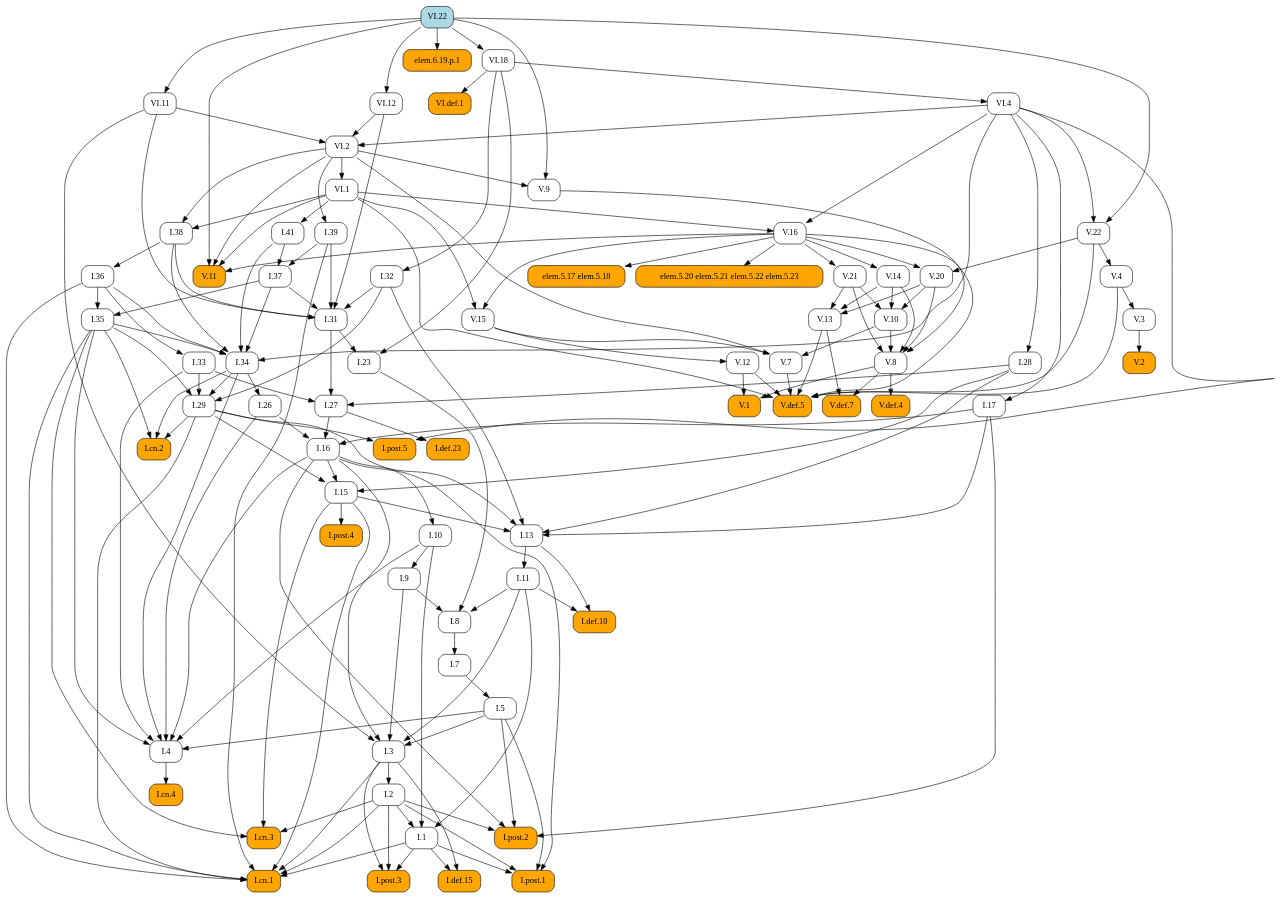
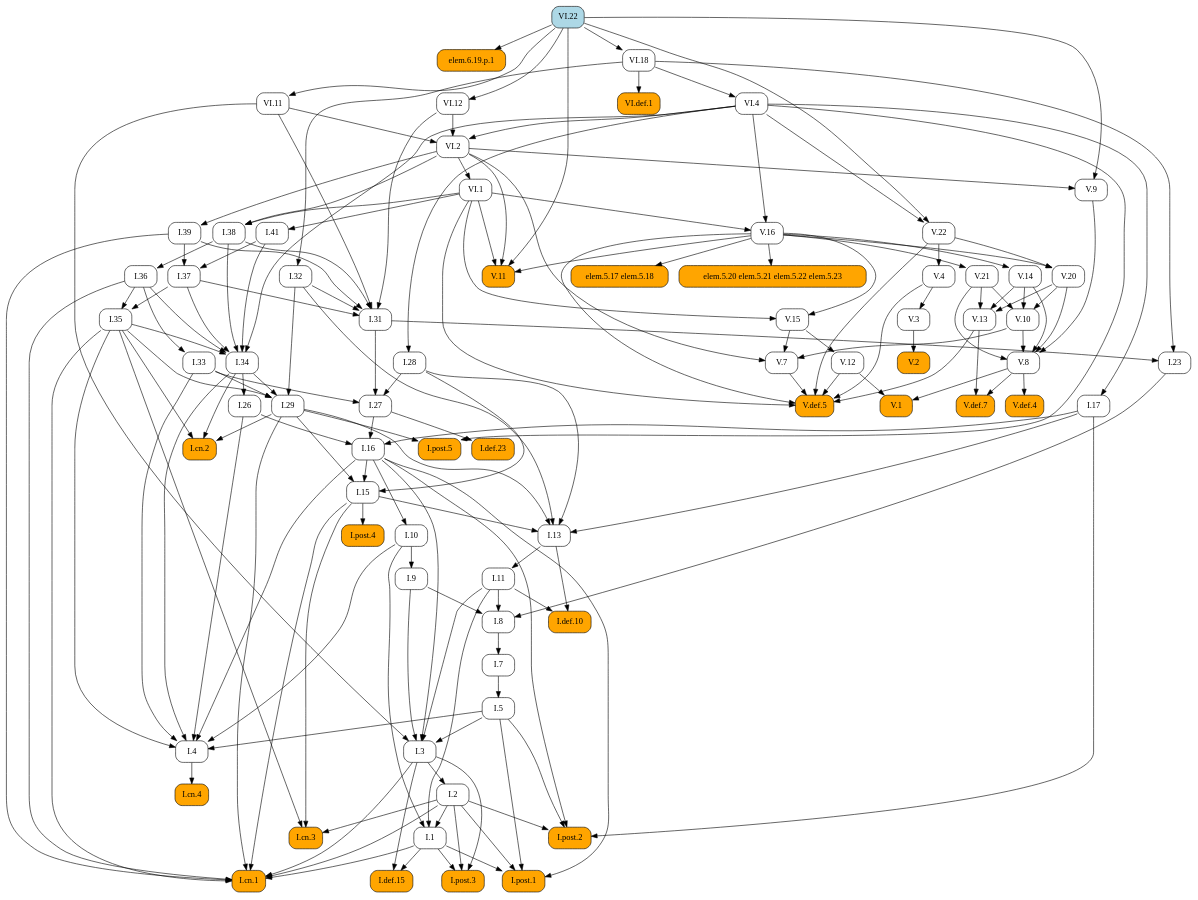
Before and after one commit to geometor/elements: the diagram in docsrc/elements2/VI/22/index.rst, drawn with Graphviz. The commit also changed other lines of this file and 171 other files, not shown here.

```diff
--- a/docsrc/elements2/VI/22/index.rst
+++ b/docsrc/elements2/VI/22/index.rst
@@ -93,163 +93,84 @@
    digraph {
      rankdir="TB";
      node [shape=box, style=rounded];
+     "V.20" [URL="/elements2/V/20/", target="_top"];
+     "I.8" [URL="/elements2/I/8/", target="_top"];
+     "I.36" [URL="/elements2/I/36/", target="_top"];
+     "V.def.5" [style="rounded,filled", fillcolor=orange, URL="/elements2/V/def.5/", target="_top"];
+     "I.38" [URL="/elements2/I/38/", target="_top"];
+     "I.post.5" [style="rounded,filled", fillcolor=orange, URL="/elements2/I/post.5/", target="_top"];
+     "I.def.10" [style="rounded,filled", fillcolor=orange, URL="/elements2/I/def.10/", target="_top"];
+     "I.cn.2" [style="rounded,filled", fillcolor=orange, URL="/elements2/I/cn.2/", target="_top"];
+     "elem.6.19.p.1" [style="rounded,filled", fillcolor=orange];
+     "VI.11" [URL="/elements2/VI/11/", target="_top"];
+     "I.31" [URL="/elements2/I/31/", target="_top"];
+     "I.post.2" [style="rounded,filled", fillcolor=orange, URL="/elements2/I/post.2/", target="_top"];
+     "I.def.23" [style="rounded,filled", fillcolor=orange, URL="/elements2/I/def.23/", target="_top"];
+     "I.26" [URL="/elements2/I/26/", target="_top"];
+     "VI.22" [style="rounded,filled", fillcolor=lightblue, URL="/elements2/VI/22/", target="_top"];
+     "V.3" [URL="/elements2/V/3/", target="_top"];
+     "I.cn.3" [style="rounded,filled", fillcolor=orange, URL="/elements2/I/cn.3/", target="_top"];
+     "V.2" [style="rounded,filled", fillcolor=orange, URL="/elements2/V/2/", target="_top"];
+     "V.12" [URL="/elements2/V/12/", target="_top"];
+     "V.22" [URL="/elements2/V/22/", target="_top"];
+     "VI.18" [URL="/elements2/VI/18/", target="_top"];
+     "I.41" [URL="/elements2/I/41/", target="_top"];
+     "I.35" [URL="/elements2/I/35/", target="_top"];
+     "I.28" [URL="/elements2/I/28/", target="_top"];
+     "I.27" [URL="/elements2/I/27/", target="_top"];
+     "I.4" [URL="/elements2/I/4/", target="_top"];
+     "V.8" [URL="/elements2/V/8/", target="_top"];
+     "VI.2" [URL="/elements2/VI/2/", target="_top"];
+     "I.39" [URL="/elements2/I/39/", target="_top"];
+     "I.15" [URL="/elements2/I/15/", target="_top"];
+     "I.34" [URL="/elements2/I/34/", target="_top"];
+     "I.post.3" [style="rounded,filled", fillcolor=orange, URL="/elements2/I/post.3/", target="_top"];
+     "I.32" [URL="/elements2/I/32/", target="_top"];
+     "VI.12" [URL="/elements2/VI/12/", target="_top"];
+     "V.def.4" [style="rounded,filled", fillcolor=orange, URL="/elements2/V/def.4/", target="_top"];
+     "I.post.1" [style="rounded,filled", fillcolor=orange, URL="/elements2/I/post.1/", target="_top"];
+     "I.33" [URL="/elements2/I/33/", target="_top"];
+     "I.5" [URL="/elements2/I/5/", target="_top"];
      "elem.5.17 elem.5.18" [style="rounded,filled", fillcolor=orange];
+     "V.13" [URL="/elements2/V/13/", target="_top"];
+     "V.11" [style="rounded,filled", fillcolor=orange, URL="/elements2/V/11/", target="_top"];
+     "VI.1" [URL="/elements2/VI/1/", target="_top"];
+     "V.9" [URL="/elements2/V/9/", target="_top"];
+     "I.def.15" [style="rounded,filled", fillcolor=orange, URL="/elements2/I/def.15/", target="_top"];
+     "V.16" [URL="/elements2/V/16/", target="_top"];
+     "V.15" [URL="/elements2/V/15/", target="_top"];
+     "I.11" [URL="/elements2/I/11/", target="_top"];
+     "I.3" [URL="/elements2/I/3/", target="_top"];
+     "V.14" [URL="/elements2/V/14/", target="_top"];
+     "VI.4" [URL="/elements2/VI/4/", target="_top"];
+     "V.10" [URL="/elements2/V/10/", target="_top"];
+     "I.1" [URL="/elements2/I/1/", target="_top"];
+     "I.cn.4" [style="rounded,filled", fillcolor=orange, URL="/elements2/I/cn.4/", target="_top"];
+     "I.23" [URL="/elements2/I/23/", target="_top"];
+     "I.7" [URL="/elements2/I/7/", target="_top"];
+     "I.17" [URL="/elements2/I/17/", target="_top"];
+     "I.9" [URL="/elements2/I/9/", target="_top"];
+     "V.1" [style="rounded,filled", fillcolor=orange, URL="/elements2/V/1/", target="_top"];
+     "I.cn.1" [style="rounded,filled", fillcolor=orange, URL="/elements2/I/cn.1/", target="_top"];
+     "elem.5.20 elem.5.21 elem.5.22 elem.5.23" [style="rounded,filled", fillcolor=orange];
      "V.7" [URL="/elements2/V/7/", target="_top"];
-     "I.32" [URL="/elements2/I/32/", target="_top"];
-     "VI.4" [URL="/elements2/VI/4/", target="_top"];
-     "I.cn.4" [style="rounded,filled", fillcolor=orange, URL="/elements2/I/cn.4/", target="_top"];
-     "I.post.3" [style="rounded,filled", fillcolor=orange, URL="/elements2/I/post.3/", target="_top"];
-     "V.22" [URL="/elements2/V/22/", target="_top"];
+     "I.29" [URL="/elements2/I/29/", target="_top"];
+     "I.16" [URL="/elements2/I/16/", target="_top"];
+     "I.13" [URL="/elements2/I/13/", target="_top"];
+     "V.21" [URL="/elements2/V/21/", target="_top"];
+     "I.post.4" [style="rounded,filled", fillcolor=orange, URL="/elements2/I/post.4/", target="_top"];
+     "VI.def.1" [style="rounded,filled", fillcolor=orange, URL="/elements2/VI/def.1/", target="_top"];
+     "I.2" [URL="/elements2/I/2/", target="_top"];
+     "I.37" [URL="/elements2/I/37/", target="_top"];
+     "I.10" [URL="/elements2/I/10/", target="_top"];
      "V.def.7" [style="rounded,filled", fillcolor=orange, URL="/elements2/V/def.7/", target="_top"];
-     "VI.11" [URL="/elements2/VI/11/", target="_top"];
-     "I.41" [URL="/elements2/I/41/", target="_top"];
-     "I.27" [URL="/elements2/I/27/", target="_top"];
-     "I.post.2" [style="rounded,filled", fillcolor=orange, URL="/elements2/I/post.2/", target="_top"];
-     "I.13" [URL="/elements2/I/13/", target="_top"];
-     "I.10" [URL="/elements2/I/10/", target="_top"];
-     "I.post.1" [style="rounded,filled", fillcolor=orange, URL="/elements2/I/post.1/", target="_top"];
-     "I.7" [URL="/elements2/I/7/", target="_top"];
-     "VI.def.1" [style="rounded,filled", fillcolor=orange, URL="/elements2/VI/def.1/", target="_top"];
-     "V.13" [URL="/elements2/V/13/", target="_top"];
-     "V.1" [style="rounded,filled", fillcolor=orange, URL="/elements2/V/1/", target="_top"];
-     "V.16" [URL="/elements2/V/16/", target="_top"];
-     "V.8" [URL="/elements2/V/8/", target="_top"];
-     "VI.22" [style="rounded,filled", fillcolor=lightblue, URL="/elements2/VI/22/", target="_top"];
-     "elem.5.20 elem.5.21 elem.5.22 elem.5.23" [style="rounded,filled", fillcolor=orange];
-     "I.9" [URL="/elements2/I/9/", target="_top"];
-     "I.38" [URL="/elements2/I/38/", target="_top"];
-     "I.8" [URL="/elements2/I/8/", target="_top"];
-     "I.23" [URL="/elements2/I/23/", target="_top"];
-     "I.15" [URL="/elements2/I/15/", target="_top"];
-     "I.26" [URL="/elements2/I/26/", target="_top"];
      "V.4" [URL="/elements2/V/4/", target="_top"];
-     "VI.1" [URL="/elements2/VI/1/", target="_top"];
-     "I.1" [URL="/elements2/I/1/", target="_top"];
-     "I.3" [URL="/elements2/I/3/", target="_top"];
-     "I.cn.3" [style="rounded,filled", fillcolor=orange, URL="/elements2/I/cn.3/", target="_top"];
-     "I.17" [URL="/elements2/I/17/", target="_top"];
-     "I.37" [URL="/elements2/I/37/", target="_top"];
-     "I.def.10" [style="rounded,filled", fillcolor=orange, URL="/elements2/I/def.10/", target="_top"];
-     "VI.12" [URL="/elements2/VI/12/", target="_top"];
-     "I.34" [URL="/elements2/I/34/", target="_top"];
-     "V.def.5" [style="rounded,filled", fillcolor=orange, URL="/elements2/V/def.5/", target="_top"];
-     "I.def.15" [style="rounded,filled", fillcolor=orange, URL="/elements2/I/def.15/", target="_top"];
-     "I.28" [URL="/elements2/I/28/", target="_top"];
-     "I.36" [URL="/elements2/I/36/", target="_top"];
-     "V.10" [URL="/elements2/V/10/", target="_top"];
-     "V.15" [URL="/elements2/V/15/", target="_top"];
-     "elem.6.19.p.1" [style="rounded,filled", fillcolor=orange];
-     "V.14" [URL="/elements2/V/14/", target="_top"];
-     "I.11" [URL="/elements2/I/11/", target="_top"];
-     "I.4" [URL="/elements2/I/4/", target="_top"];
-     "I.16" [URL="/elements2/I/16/", target="_top"];
-     "I.def.23" [style="rounded,filled", fillcolor=orange, URL="/elements2/I/def.23/", target="_top"];
-     "V.21" [URL="/elements2/V/21/", target="_top"];
-     "I.2" [URL="/elements2/I/2/", target="_top"];
-     "I.cn.2" [style="rounded,filled", fillcolor=orange, URL="/elements2/I/cn.2/", target="_top"];
-     "I.post.5" [style="rounded,filled", fillcolor=orange, URL="/elements2/I/post.5/", target="_top"];
-     "VI.2" [URL="/elements2/VI/2/", target="_top"];
-     "V.3" [URL="/elements2/V/3/", target="_top"];
-     "V.def.4" [style="rounded,filled", fillcolor=orange, URL="/elements2/V/def.4/", target="_top"];
-     "I.35" [URL="/elements2/I/35/", target="_top"];
-     "V.11" [style="rounded,filled", fillcolor=orange, URL="/elements2/V/11/", target="_top"];
-     "VI.18" [URL="/elements2/VI/18/", target="_top"];
-     "V.2" [style="rounded,filled", fillcolor=orange, URL="/elements2/V/2/", target="_top"];
-     "I.31" [URL="/elements2/I/31/", target="_top"];
-     "I.33" [URL="/elements2/I/33/", target="_top"];
-     "I.post.4" [style="rounded,filled", fillcolor=orange, URL="/elements2/I/post.4/", target="_top"];
-     "I.39" [URL="/elements2/I/39/", target="_top"];
-     "I.cn.1" [style="rounded,filled", fillcolor=orange, URL="/elements2/I/cn.1/", target="_top"];
-     "V.9" [URL="/elements2/V/9/", target="_top"];
-     "I.29" [URL="/elements2/I/29/", target="_top"];
-     "I.5" [URL="/elements2/I/5/", target="_top"];
-     "V.12" [URL="/elements2/V/12/", target="_top"];
-     "V.20" [URL="/elements2/V/20/", target="_top"];
-     "V.16" -> "elem.5.17 elem.5.18";
-     "V.10" -> "V.7";
-     "V.15" -> "V.7";
-     "VI.2" -> "V.7";
-     "VI.18" -> "I.32";
-     "VI.18" -> "VI.4";
-     "I.4" -> "I.cn.4";
-     "I.1" -> "I.post.3";
-     "I.2" -> "I.post.3";
-     "I.3" -> "I.post.3";
-     "VI.4" -> "V.22";
-     "VI.22" -> "V.22";
-     "V.8" -> "V.def.7";
-     "V.13" -> "V.def.7";
-     "VI.22" -> "VI.11";
-     "VI.1" -> "I.41";
-     "I.28" -> "I.27";
-     "I.31" -> "I.27";
-     "I.33" -> "I.27";
-     "I.2" -> "I.post.2";
-     "I.5" -> "I.post.2";
-     "I.16" -> "I.post.2";
-     "I.17" -> "I.post.2";
-     "I.15" -> "I.13";
-     "I.17" -> "I.13";
-     "I.28" -> "I.13";
-     "I.29" -> "I.13";
-     "I.32" -> "I.13";
-     "I.16" -> "I.10";
-     "I.1" -> "I.post.1";
-     "I.2" -> "I.post.1";
-     "I.5" -> "I.post.1";
-     "I.16" -> "I.post.1";
-     "I.8" -> "I.7";
-     "VI.18" -> "VI.def.1";
-     "V.14" -> "V.13";
-     "V.20" -> "V.13";
-     "V.21" -> "V.13";
-     "V.8" -> "V.1";
-     "V.12" -> "V.1";
-     "VI.1" -> "V.16";
-     "VI.4" -> "V.16";
-     "V.9" -> "V.8";
-     "V.10" -> "V.8";
-     "V.14" -> "V.8";
-     "V.20" -> "V.8";
-     "V.21" -> "V.8";
-     "V.16" -> "elem.5.20 elem.5.21 elem.5.22 elem.5.23";
-     "I.10" -> "I.9";
-     "VI.1" -> "I.38";
-     "VI.2" -> "I.38";
+     "V.16" -> "V.20";
+     "V.22" -> "V.20";
      "I.9" -> "I.8";
      "I.11" -> "I.8";
      "I.23" -> "I.8";
-     "I.31" -> "I.23";
-     "VI.18" -> "I.23";
-     "I.16" -> "I.15";
-     "I.28" -> "I.15";
-     "I.29" -> "I.15";
-     "I.34" -> "I.26";
-     "V.22" -> "V.4";
-     "VI.2" -> "VI.1";
-     "I.2" -> "I.1";
-     "I.10" -> "I.1";
-     "I.11" -> "I.1";
-     "I.5" -> "I.3";
-     "I.9" -> "I.3";
-     "I.11" -> "I.3";
-     "I.16" -> "I.3";
-     "VI.11" -> "I.3";
-     "I.2" -> "I.cn.3";
-     "I.15" -> "I.cn.3";
-     "I.35" -> "I.cn.3";
-     "VI.4" -> "I.17";
-     "I.39" -> "I.37";
-     "I.41" -> "I.37";
-     "I.11" -> "I.def.10";
-     "I.13" -> "I.def.10";
-     "VI.22" -> "VI.12";
-     "I.35" -> "I.34";
-     "I.36" -> "I.34";
-     "I.37" -> "I.34";
-     "I.38" -> "I.34";
-     "I.41" -> "I.34";
-     "VI.4" -> "I.34";
+     "I.38" -> "I.36";
      "V.4" -> "V.def.5";
      "V.7" -> "V.def.5";
      "V.12" -> "V.def.5";
@@ -257,18 +178,45 @@
      "V.16" -> "V.def.5";
      "V.22" -> "V.def.5";
      "VI.1" -> "V.def.5";
-     "I.1" -> "I.def.15";
-     "I.3" -> "I.def.15";
+     "VI.1" -> "I.38";
+     "VI.2" -> "I.38";
+     "I.29" -> "I.post.5";
+     "VI.4" -> "I.post.5";
+     "I.11" -> "I.def.10";
+     "I.13" -> "I.def.10";
+     "I.29" -> "I.cn.2";
+     "I.34" -> "I.cn.2";
+     "I.35" -> "I.cn.2";
+     "VI.22" -> "elem.6.19.p.1";
+     "VI.22" -> "VI.11";
+     "I.32" -> "I.31";
+     "I.37" -> "I.31";
+     "I.38" -> "I.31";
+     "I.39" -> "I.31";
+     "VI.11" -> "I.31";
+     "VI.12" -> "I.31";
+     "I.2" -> "I.post.2";
+     "I.5" -> "I.post.2";
+     "I.16" -> "I.post.2";
+     "I.17" -> "I.post.2";
+     "I.27" -> "I.def.23";
+     "I.34" -> "I.26";
+     "V.4" -> "V.3";
+     "I.2" -> "I.cn.3";
+     "I.15" -> "I.cn.3";
+     "I.35" -> "I.cn.3";
+     "V.3" -> "V.2";
+     "V.15" -> "V.12";
+     "VI.4" -> "V.22";
+     "VI.22" -> "V.22";
+     "VI.22" -> "VI.18";
+     "VI.1" -> "I.41";
+     "I.36" -> "I.35";
+     "I.37" -> "I.35";
      "VI.4" -> "I.28";
-     "I.38" -> "I.36";
-     "V.14" -> "V.10";
-     "V.20" -> "V.10";
-     "V.21" -> "V.10";
-     "V.16" -> "V.15";
-     "VI.1" -> "V.15";
-     "VI.22" -> "elem.6.19.p.1";
-     "V.16" -> "V.14";
-     "I.13" -> "I.11";
+     "I.28" -> "I.27";
+     "I.31" -> "I.27";
+     "I.33" -> "I.27";
      "I.5" -> "I.4";
      "I.10" -> "I.4";
      "I.16" -> "I.4";
@@ -276,39 +224,75 @@
      "I.33" -> "I.4";
      "I.34" -> "I.4";
      "I.35" -> "I.4";
-     "I.17" -> "I.16";
-     "I.26" -> "I.16";
-     "I.27" -> "I.16";
-     "I.27" -> "I.def.23";
-     "V.16" -> "V.21";
-     "I.3" -> "I.2";
-     "I.29" -> "I.cn.2";
-     "I.34" -> "I.cn.2";
-     "I.35" -> "I.cn.2";
-     "I.29" -> "I.post.5";
-     "VI.4" -> "I.post.5";
+     "V.9" -> "V.8";
+     "V.10" -> "V.8";
+     "V.14" -> "V.8";
+     "V.20" -> "V.8";
+     "V.21" -> "V.8";
      "VI.4" -> "VI.2";
      "VI.11" -> "VI.2";
      "VI.12" -> "VI.2";
-     "V.4" -> "V.3";
+     "VI.2" -> "I.39";
+     "I.16" -> "I.15";
+     "I.28" -> "I.15";
+     "I.29" -> "I.15";
+     "I.35" -> "I.34";
+     "I.36" -> "I.34";
+     "I.37" -> "I.34";
+     "I.38" -> "I.34";
+     "I.41" -> "I.34";
+     "VI.4" -> "I.34";
+     "I.1" -> "I.post.3";
+     "I.2" -> "I.post.3";
+     "I.3" -> "I.post.3";
+     "VI.18" -> "I.32";
+     "VI.22" -> "VI.12";
      "V.8" -> "V.def.4";
-     "I.36" -> "I.35";
-     "I.37" -> "I.35";
+     "I.1" -> "I.post.1";
+     "I.2" -> "I.post.1";
+     "I.5" -> "I.post.1";
+     "I.16" -> "I.post.1";
+     "I.36" -> "I.33";
+     "I.7" -> "I.5";
+     "V.16" -> "elem.5.17 elem.5.18";
+     "V.14" -> "V.13";
+     "V.20" -> "V.13";
+     "V.21" -> "V.13";
      "V.16" -> "V.11";
      "VI.1" -> "V.11";
      "VI.2" -> "V.11";
      "VI.22" -> "V.11";
-     "VI.22" -> "VI.18";
-     "V.3" -> "V.2";
-     "I.32" -> "I.31";
-     "I.37" -> "I.31";
-     "I.38" -> "I.31";
-     "I.39" -> "I.31";
-     "VI.11" -> "I.31";
-     "VI.12" -> "I.31";
-     "I.36" -> "I.33";
-     "I.15" -> "I.post.4";
-     "VI.2" -> "I.39";
+     "VI.2" -> "VI.1";
+     "VI.2" -> "V.9";
+     "VI.22" -> "V.9";
+     "I.1" -> "I.def.15";
+     "I.3" -> "I.def.15";
+     "VI.1" -> "V.16";
+     "VI.4" -> "V.16";
+     "V.16" -> "V.15";
+     "VI.1" -> "V.15";
+     "I.13" -> "I.11";
+     "I.5" -> "I.3";
+     "I.9" -> "I.3";
+     "I.11" -> "I.3";
+     "I.16" -> "I.3";
+     "VI.11" -> "I.3";
+     "V.16" -> "V.14";
+     "VI.18" -> "VI.4";
+     "V.14" -> "V.10";
+     "V.20" -> "V.10";
+     "V.21" -> "V.10";
+     "I.2" -> "I.1";
+     "I.10" -> "I.1";
+     "I.11" -> "I.1";
+     "I.4" -> "I.cn.4";
+     "I.31" -> "I.23";
+     "VI.18" -> "I.23";
+     "I.8" -> "I.7";
+     "VI.4" -> "I.17";
+     "I.10" -> "I.9";
+     "V.8" -> "V.1";
+     "V.12" -> "V.1";
      "I.1" -> "I.cn.1";
      "I.2" -> "I.cn.1";
      "I.3" -> "I.cn.1";
@@ -317,14 +301,30 @@
      "I.35" -> "I.cn.1";
      "I.36" -> "I.cn.1";
      "I.39" -> "I.cn.1";
-     "VI.2" -> "V.9";
-     "VI.22" -> "V.9";
+     "V.16" -> "elem.5.20 elem.5.21 elem.5.22 elem.5.23";
+     "V.10" -> "V.7";
+     "V.15" -> "V.7";
+     "VI.2" -> "V.7";
      "I.32" -> "I.29";
      "I.33" -> "I.29";
      "I.34" -> "I.29";
      "I.35" -> "I.29";
-     "I.7" -> "I.5";
-     "V.15" -> "V.12";
-     "V.16" -> "V.20";
-     "V.22" -> "V.20";
+     "I.17" -> "I.16";
+     "I.26" -> "I.16";
+     "I.27" -> "I.16";
+     "I.15" -> "I.13";
+     "I.17" -> "I.13";
+     "I.28" -> "I.13";
+     "I.29" -> "I.13";
+     "I.32" -> "I.13";
+     "V.16" -> "V.21";
+     "I.15" -> "I.post.4";
+     "VI.18" -> "VI.def.1";
+     "I.3" -> "I.2";
+     "I.39" -> "I.37";
+     "I.41" -> "I.37";
+     "I.16" -> "I.10";
+     "V.8" -> "V.def.7";
+     "V.13" -> "V.def.7";
+     "V.22" -> "V.4";
    }
```
